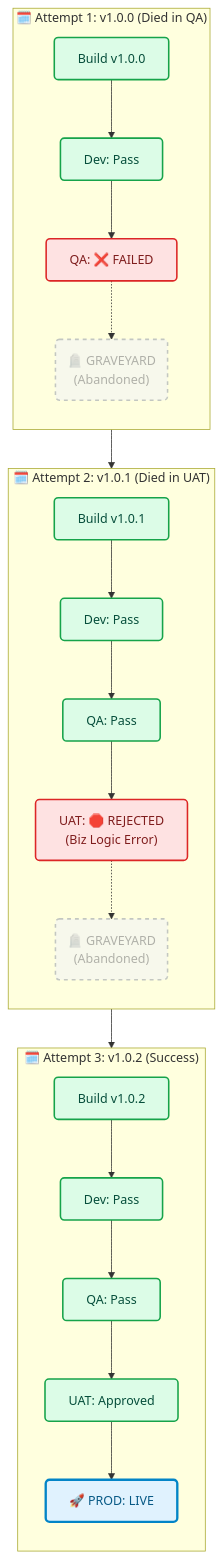
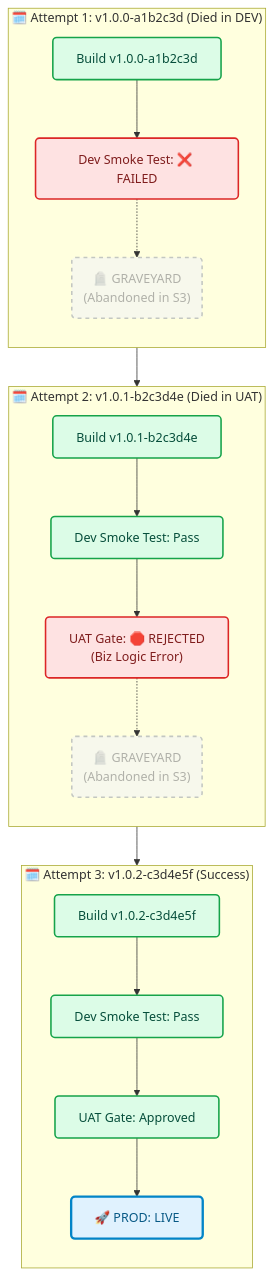
One commit to adrian-cabrera-wizeline/aws-lambda-template changed the third of 3 diagrams in pipeline-workflow.md. Above: the diagram before and after it, drawn with Mermaid. The commit also changed other lines of this file and 1 other file, not shown here.

````diff
--- a/pipeline-workflow.md
+++ b/pipeline-workflow.md
@@ -306,50 +289,42 @@
 ```mermaid
-
 flowchart TD
     %% ==========================================
     %% STYLING
     %% ==========================================
     classDef success fill:#dcfce7,stroke:#16a34a,stroke-width:2px,color:#064e3b,rx:5,ry:5;
     classDef fail fill:#fee2e2,stroke:#dc2626,stroke-width:2px,color:#7f1d1d,rx:5,ry:5;
     classDef active fill:#e0f2fe,stroke:#0284c7,stroke-width:3px,color:#075985,rx:5,ry:5;
     classDef dead opacity:0.6,fill:#f3f4f6,stroke:#9ca3af,stroke-width:2px,stroke-dasharray: 5 5;
 
     %% ==========================================
     %% ATTEMPT 1
     %% ==========================================
-    subgraph V1 ["🗓️ Attempt 1: v1.0.0 (Died in QA)"]
+    subgraph V1 ["🗓️ Attempt 1: v1.0.0-a1b2c3d (Died in DEV)"]
         direction TB
-        B1[Build v1.0.0]:::success --> D1[Dev: Pass]:::success
-        D1 --> Q1["QA: ❌ FAILED"]:::fail
-        Q1 -.-> G1("🪦 GRAVEYARD
-        (Abandoned)"):::dead
+        B1[Build v1.0.0-a1b2c3d]:::success --> D1["Dev Smoke Test: ❌ FAILED"]:::fail
+        D1 -.-> G1("🪦 GRAVEYARD<br/>(Abandoned in S3)"):::dead
     end
 
     %% ==========================================
     %% ATTEMPT 2
     %% ==========================================
-    subgraph V2 ["🗓️ Attempt 2: v1.0.1 (Died in UAT)"]
+    subgraph V2 ["🗓️ Attempt 2: v1.0.1-b2c3d4e (Died in UAT)"]
         direction TB
-        B2[Build v1.0.1]:::success --> D2[Dev: Pass]:::success
-        D2 --> Q2[QA: Pass]:::success
-        Q2 --> U2["UAT: 🛑 REJECTED
-        (Biz Logic Error)"]:::fail
-        U2 -.-> G2("🪦 GRAVEYARD
-        (Abandoned)"):::dead
+        B2[Build v1.0.1-b2c3d4e]:::success --> D2[Dev Smoke Test: Pass]:::success
+        D2 --> U2["UAT Gate: 🛑 REJECTED<br/>(Biz Logic Error)"]:::fail
+        U2 -.-> G2("🪦 GRAVEYARD<br/>(Abandoned in S3)"):::dead
     end
 
     %% ==========================================
     %% ATTEMPT 3
     %% ==========================================
-    subgraph V3 ["🗓️ Attempt 3: v1.0.2 (Success)"]
+    subgraph V3 ["🗓️ Attempt 3: v1.0.2-c3d4e5f (Success)"]
         direction TB
-        B3[Build v1.0.2]:::success --> D3[Dev: Pass]:::success
-        D3 --> Q3[QA: Pass]:::success
-        Q3 --> U3[UAT: Approved]:::success
+        B3[Build v1.0.2-c3d4e5f]:::success --> D3[Dev Smoke Test: Pass]:::success
+        D3 --> U3[UAT Gate: Approved]:::success
         U3 --> P3["🚀 PROD: LIVE"]:::active
     end
 
     %% Connect the attempts to show sequence
     V1 --> V2 --> V3
-
 ```
````
